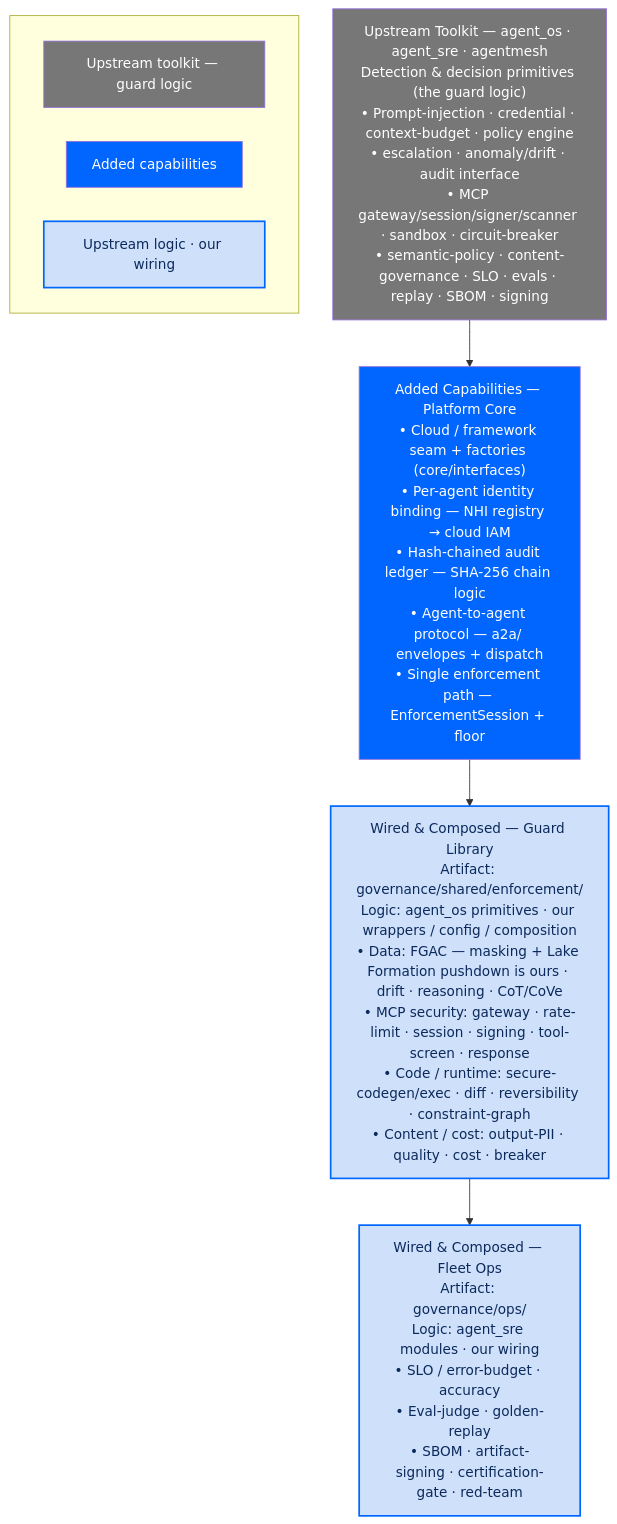
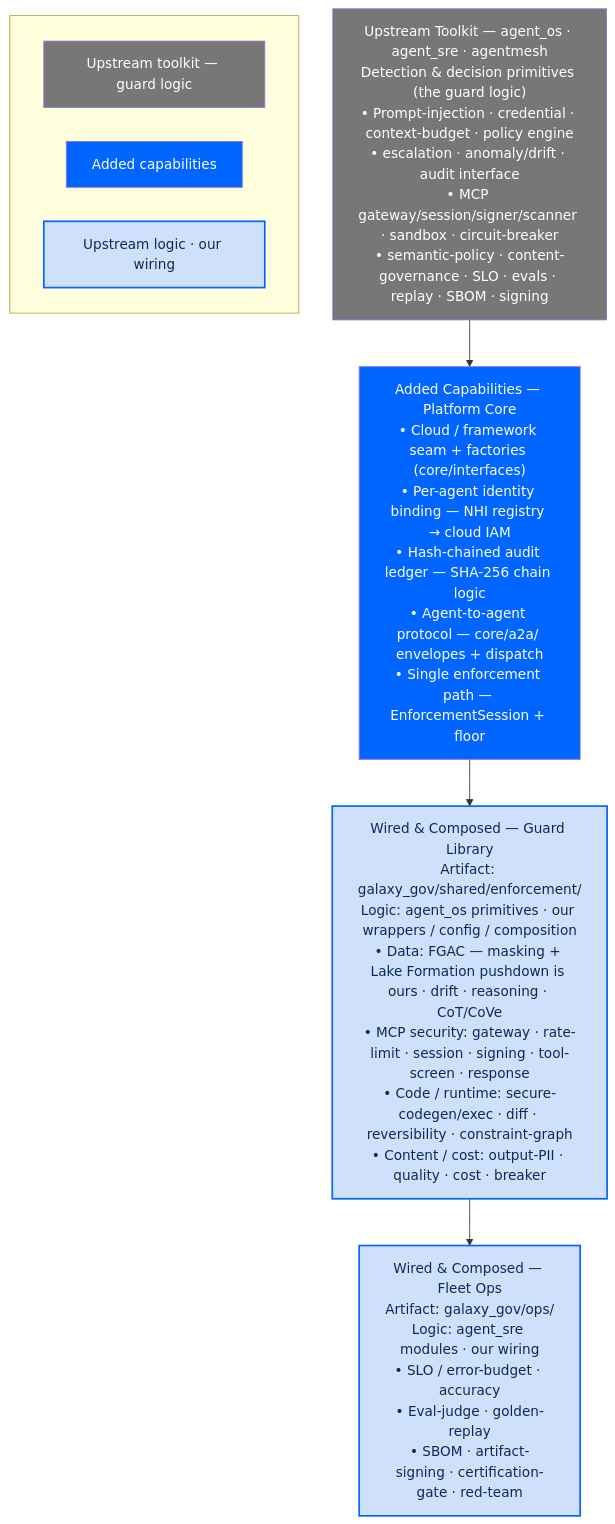
One commit to rlpatrao/agent-gov-sec changed the diagram in docs/diagrams/src/delta-over-agentos.mmd. Above: the diagram before and after it, drawn with Mermaid. The commit also changed 18 other files, not shown here.

```diff
--- a/docs/diagrams/src/delta-over-agentos.mmd
+++ b/docs/diagrams/src/delta-over-agentos.mmd
@@ -1,24 +1,24 @@
 %%{init: {"flowchart": {"nodeSpacing": 40, "rankSpacing": 55}, "themeVariables": {"fontSize": "16px"}}}%%
 flowchart TB
   UP["Upstream Toolkit — agent_os · agent_sre · agentmesh<br/>Detection & decision primitives (the guard logic)<br/>• Prompt-injection · credential · context-budget · policy engine<br/>• escalation · anomaly/drift · audit interface<br/>• MCP gateway/session/signer/scanner · sandbox · circuit-breaker<br/>• semantic-policy · content-governance · SLO · evals · replay · SBOM · signing"]
-  SEAM["Added Capabilities — Platform Core<br/>• Cloud / framework seam + factories (core/interfaces)<br/>• Per-agent identity binding — NHI registry → cloud IAM<br/>• Hash-chained audit ledger — SHA-256 chain logic<br/>• Agent-to-agent protocol — a2a/ envelopes + dispatch<br/>• Single enforcement path — EnforcementSession + floor"]
-  EXT["Wired & Composed — Guard Library<br/>Artifact: governance/shared/enforcement/<br/>Logic: agent_os primitives · our wrappers / config / composition<br/>• Data: FGAC — masking + Lake Formation pushdown is ours · drift · reasoning · CoT/CoVe<br/>• MCP security: gateway · rate-limit · session · signing · tool-screen · response<br/>• Code / runtime: secure-codegen/exec · diff · reversibility · constraint-graph<br/>• Content / cost: output-PII · quality · cost · breaker"]
-  OPS["Wired & Composed — Fleet Ops<br/>Artifact: governance/ops/<br/>Logic: agent_sre modules · our wiring<br/>• SLO / error-budget · accuracy<br/>• Eval-judge · golden-replay<br/>• SBOM · artifact-signing · certification-gate · red-team"]
+  SEAM["Added Capabilities — Platform Core<br/>• Cloud / framework seam + factories (core/interfaces)<br/>• Per-agent identity binding — NHI registry → cloud IAM<br/>• Hash-chained audit ledger — SHA-256 chain logic<br/>• Agent-to-agent protocol — core/a2a/ envelopes + dispatch<br/>• Single enforcement path — EnforcementSession + floor"]
+  EXT["Wired & Composed — Guard Library<br/>Artifact: galaxy_gov/shared/enforcement/<br/>Logic: agent_os primitives · our wrappers / config / composition<br/>• Data: FGAC — masking + Lake Formation pushdown is ours · drift · reasoning · CoT/CoVe<br/>• MCP security: gateway · rate-limit · session · signing · tool-screen · response<br/>• Code / runtime: secure-codegen/exec · diff · reversibility · constraint-graph<br/>• Content / cost: output-PII · quality · cost · breaker"]
+  OPS["Wired & Composed — Fleet Ops<br/>Artifact: galaxy_gov/ops/<br/>Logic: agent_sre modules · our wiring<br/>• SLO / error-budget · accuracy<br/>• Eval-judge · golden-replay<br/>• SBOM · artifact-signing · certification-gate · red-team"]
   UP --> SEAM --> EXT --> OPS
 
   subgraph Legend [" "]
     direction LR
     LU["Upstream toolkit — guard logic"]
     LO["Added capabilities"]
     LW["Upstream logic · our wiring"]
   end
 
   classDef up fill:#777,color:#fff
   classDef ours fill:#06f,color:#fff
   classDef wired fill:#cfe0fb,color:#0b2a5b,stroke:#06f,stroke-width:2px
   class UP up
   class SEAM ours
   class EXT,OPS wired
   class LU up
   class LO ours
   class LW wired
```
